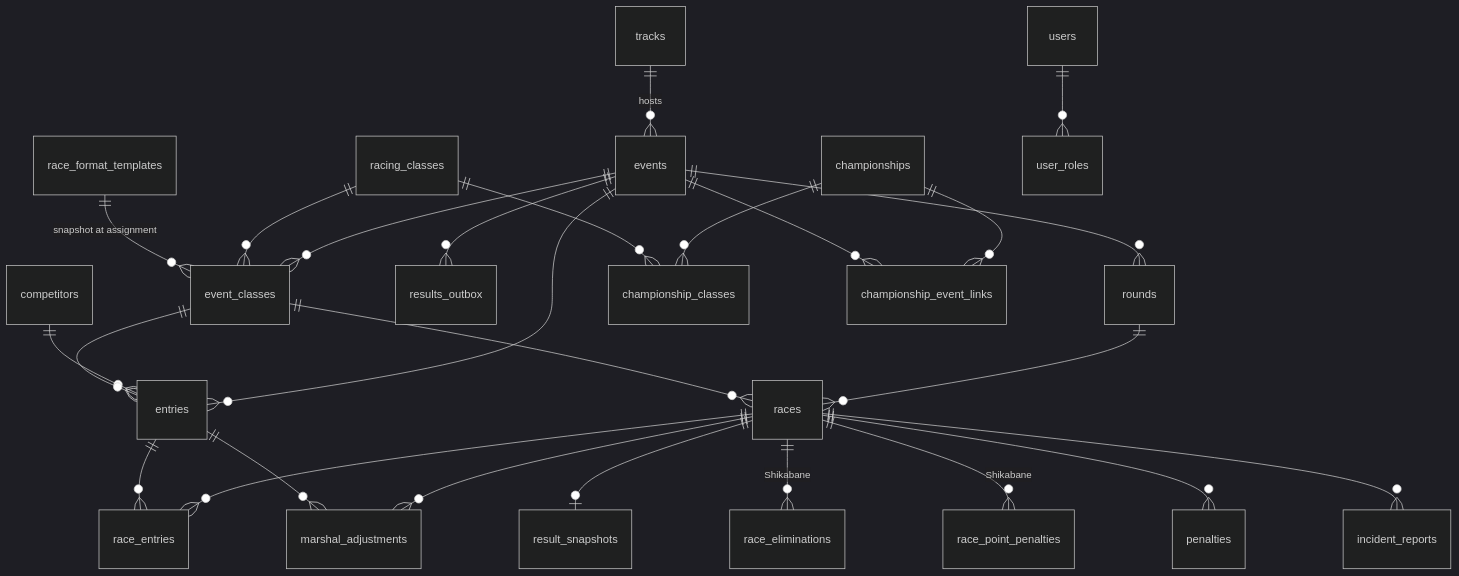
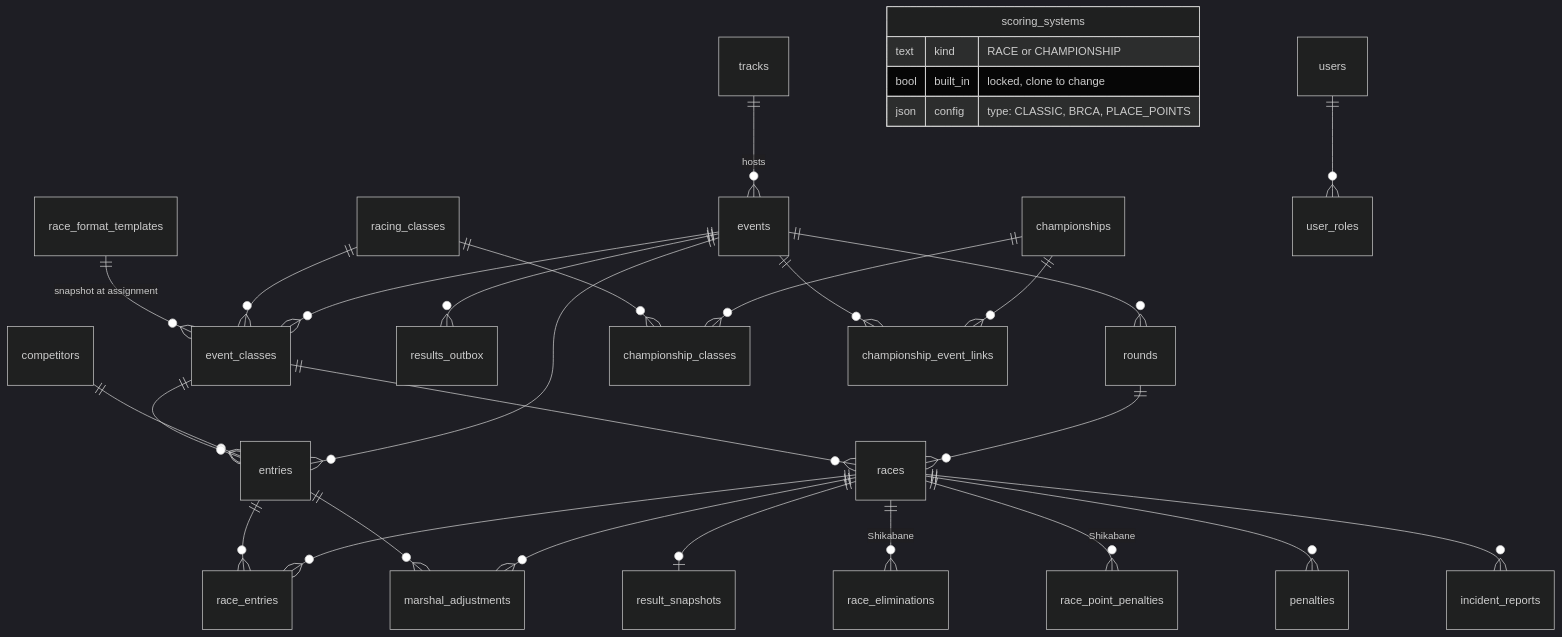
Before and after one commit to RCRaceHub/RCTimingControl: the third of 3 diagrams in docs/developer/domain-model.md, drawn with Mermaid (dark theme). The commit also changed 22 other files, not shown here.

First line of the commit message:
Scoring systems: model and built-ins (#436) (#440)

````diff
--- a/docs/developer/domain-model.md
+++ b/docs/developer/domain-model.md
@@ -158,28 +158,33 @@
 ```mermaid
 erDiagram
     tracks ||--o{ events : "hosts"
     events ||--o{ event_classes : ""
     events ||--o{ rounds : ""
     events ||--o{ entries : ""
     events ||--o{ results_outbox : ""
     racing_classes ||--o{ event_classes : ""
     race_format_templates ||--o{ event_classes : "snapshot at assignment"
+    scoring_systems {
+        text kind "RACE or CHAMPIONSHIP"
+        bool built_in "locked, clone to change"
+        json config "type: CLASSIC, BRCA, PLACE_POINTS"
+    }
     competitors ||--o{ entries : ""
     event_classes ||--o{ entries : ""
     rounds ||--o{ races : ""
     event_classes ||--o{ races : ""
     races ||--o{ race_entries : ""
     entries ||--o{ race_entries : ""
     races ||--o| result_snapshots : ""
     races ||--o{ marshal_adjustments : ""
     races ||--o{ race_eliminations : "Shikabane"
     races ||--o{ race_point_penalties : "Shikabane"
     races ||--o{ penalties : ""
     races ||--o{ incident_reports : ""
     entries ||--o{ marshal_adjustments : ""
     championships ||--o{ championship_classes : ""
     championships ||--o{ championship_event_links : ""
     events ||--o{ championship_event_links : ""
     racing_classes ||--o{ championship_classes : ""
     users ||--o{ user_roles : ""
 ```
````
